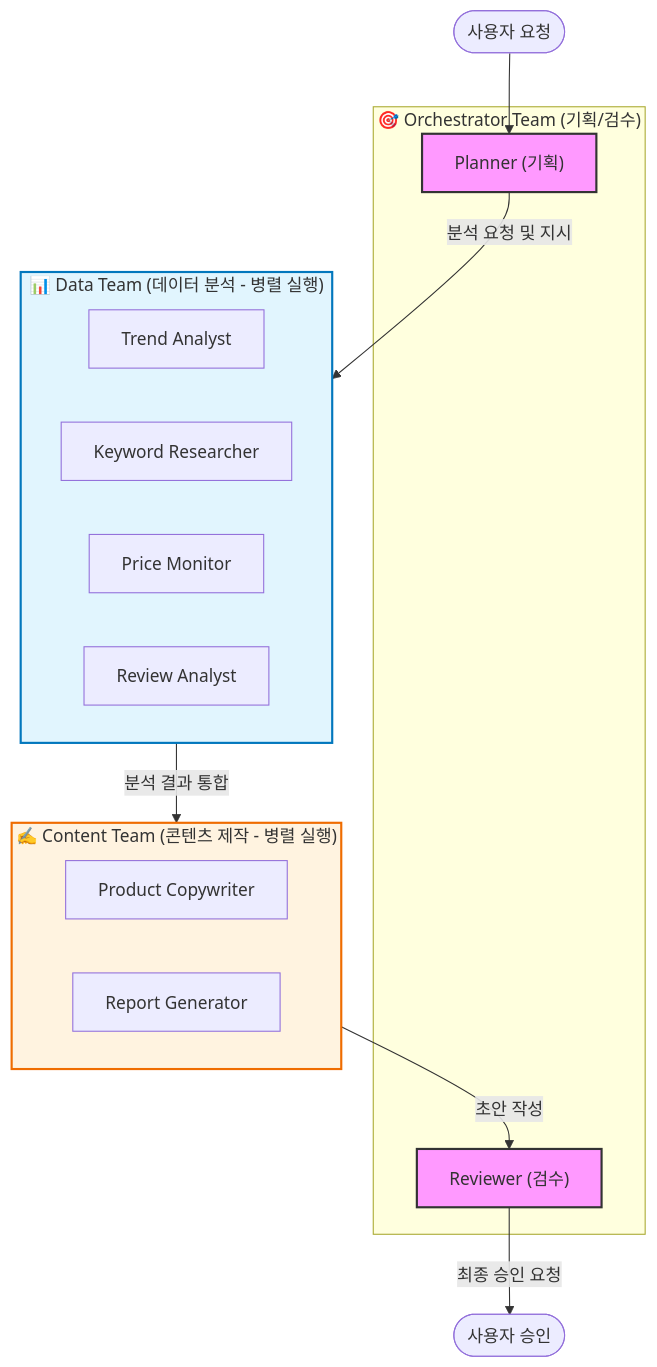
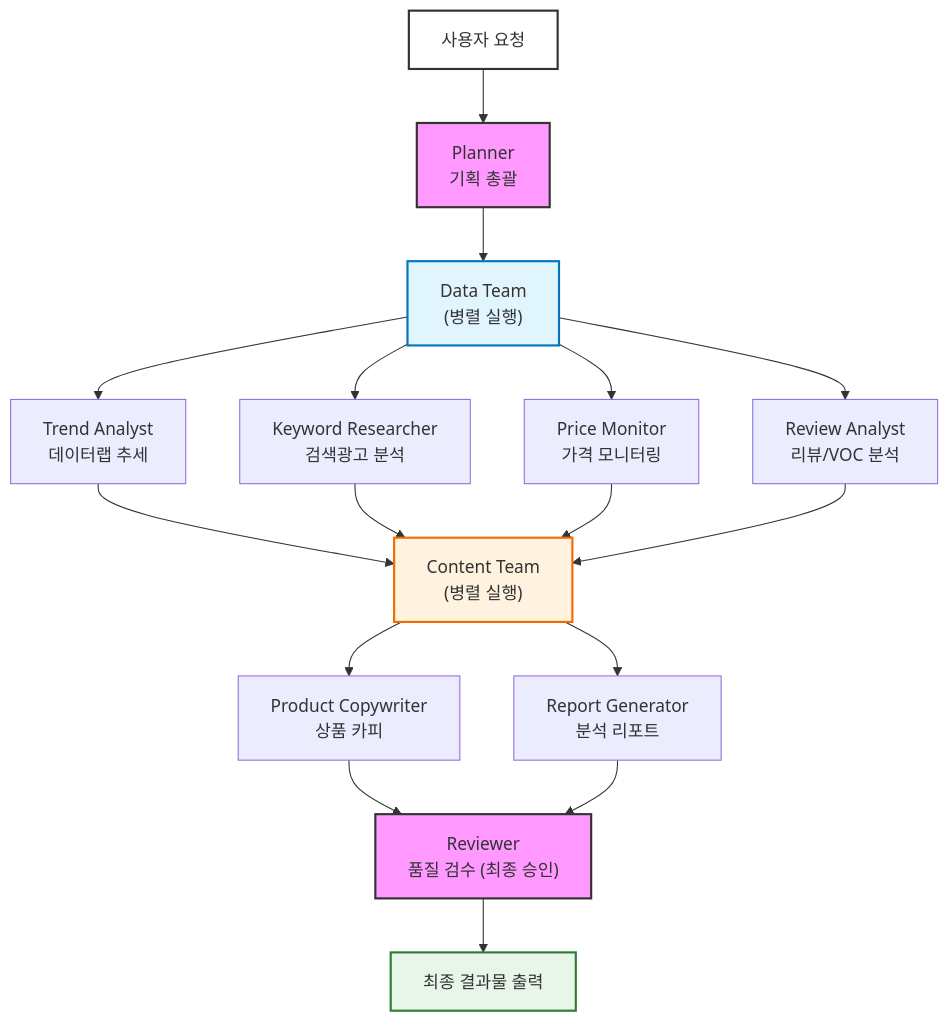
Before and after one commit to JaiwanShin/ai-marketing-team: the diagram in README.md, drawn with Mermaid.

Commit message:
docs: update mermaid diagram style to match implementation plan

````diff
--- a/README.md
+++ b/README.md
@@ -57,35 +57,24 @@
 ```mermaid
 graph TD
-    User(["사용자 요청"]) --> Planner
+    A["사용자 요청"] --> B["Planner<br>기획 총괄"]
     
-    subgraph Orchestrator ["🎯 Orchestrator Team (기획/검수)"]
-        Planner["Planner (기획)"]
-        Reviewer["Reviewer (검수)"]
-    end
+    B --> C["Data Team<br>(병렬 실행)"]
+    C --> C1["Trend Analyst<br>데이터랩 추세"]
+    C --> C2["Keyword Researcher<br>검색광고 분석"]
+    C --> C3["Price Monitor<br>가격 모니터링"]
+    C --> C4["Review Analyst<br>리뷰/VOC 분석"]
     
-    Planner -->|분석 요청 및 지시| DataTeam
+    C1 & C2 & C3 & C4 --> D["Content Team<br>(병렬 실행)"]
+    D --> D1["Product Copywriter<br>상품 카피"]
+    D --> D2["Report Generator<br>분석 리포트"]
     
-    subgraph DataTeam ["📊 Data Team (데이터 분석 - 병렬 실행)"]
-        direction LR
-        Trend[Trend Analyst]
-        Keyword[Keyword Researcher]
-        Price[Price Monitor]
-        Review[Review Analyst]
-    end
+    D1 & D2 --> E["Reviewer<br>품질 검수 (최종 승인)"]
+    E --> F["최종 결과물 출력"]
     
-    DataTeam -->|분석 결과 통합| ContentTeam
-    
-    subgraph ContentTeam ["✍️ Content Team (콘텐츠 제작 - 병렬 실행)"]
-        direction LR
-        Copywriter[Product Copywriter]
-        Report[Report Generator]
-    end
-    
-    ContentTeam -->|초안 작성| Reviewer
-    Reviewer -->|최종 승인 요청| UserApproval(["사용자 승인"])
-    
-    style Planner fill:#f9f,stroke:#333,stroke-width:2px
-    style Reviewer fill:#f9f,stroke:#333,stroke-width:2px
-    style DataTeam fill:#e1f5fe,stroke:#0277bd,stroke-width:2px
-    style ContentTeam fill:#fff3e0,stroke:#ef6c00,stroke-width:2px
+    style A fill:#fff,stroke:#333,stroke-width:2px
+    style B fill:#f9f,stroke:#333,stroke-width:2px
+    style C fill:#e1f5fe,stroke:#0277bd,stroke-width:2px
+    style D fill:#fff3e0,stroke:#ef6c00,stroke-width:2px
+    style E fill:#f9f,stroke:#333,stroke-width:2px
+    style F fill:#e8f5e9,stroke:#2e7d32,stroke-width:2px
 ```
````
